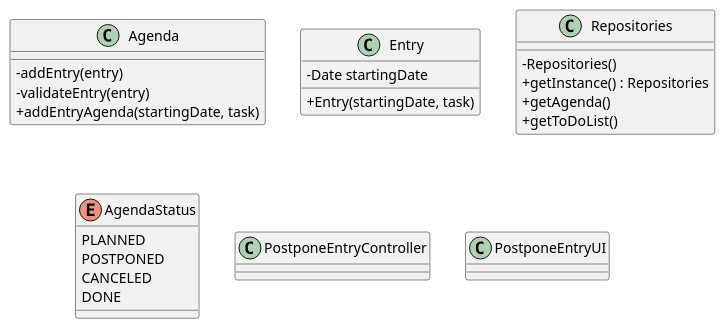
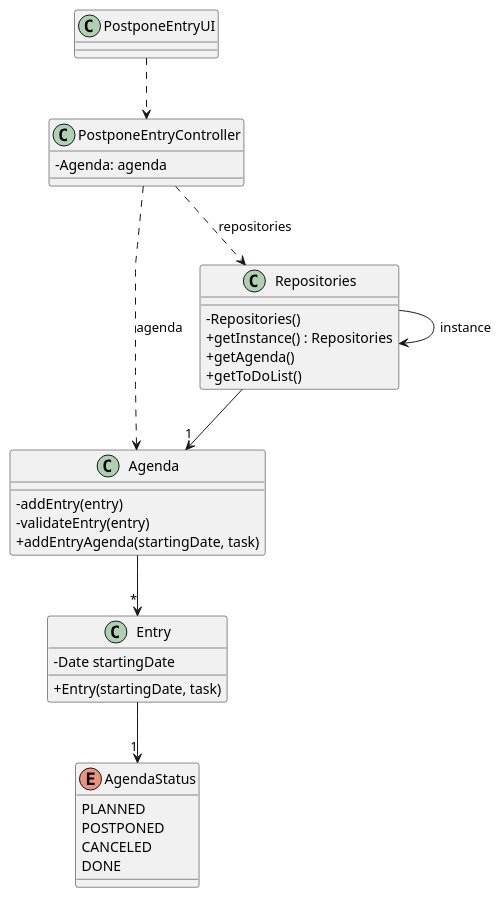
One commit to daniel41silva05/ISEP_2023_2024_LAPR2 changed the diagram in docs/sprintA&B&C/us024/03.design/puml/us024-class-diagram.puml. Above: the diagram before and after it, drawn with PlantUML.

Commit message:
US24 Class Diagram

```diff
--- a/docs/sprintA&B&C/us024/03.design/puml/us024-class-diagram.puml
+++ b/docs/sprintA&B&C/us024/03.design/puml/us024-class-diagram.puml
@@ -1,42 +1,55 @@
 @startuml
 skinparam packageStyle rectangle
 skinparam shadowing false
 skinparam linetype polyline
 
 skinparam classAttributeIconSize 0
 
 class Agenda {
     -addEntry(entry)
     -validateEntry(entry)
     +addEntryAgenda(startingDate, task)
 }
 
 class Entry {
     -Date startingDate
     +Entry(startingDate, task)
 }
 
 
 class Repositories {
     - Repositories()
     + getInstance() : Repositories
     + getAgenda()
     + getToDoList()
 }
 
 enum AgendaStatus {
     PLANNED
     POSTPONED
     CANCELED
     DONE
 }
 
 class PostponeEntryController{
-
+-Agenda: agenda
 }
 
 class PostponeEntryUI{
 
 }
 
+PostponeEntryUI ..> PostponeEntryController
+
+PostponeEntryController ..> Repositories: repositories
+
+PostponeEntryController ..> Agenda: agenda
+
+Repositories --> Repositories: instance
+
+Repositories --> "1" Agenda
+
+Agenda --> "*" Entry
+
+Entry --> "1" AgendaStatus
 @enduml
```
